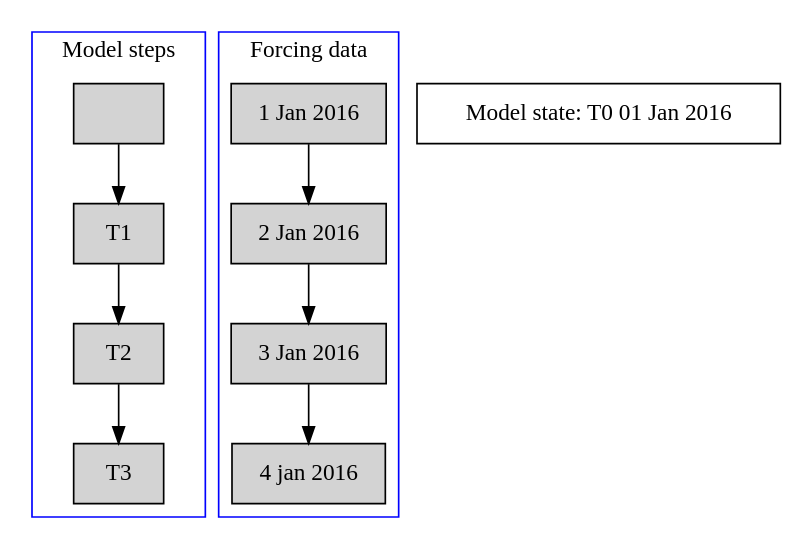
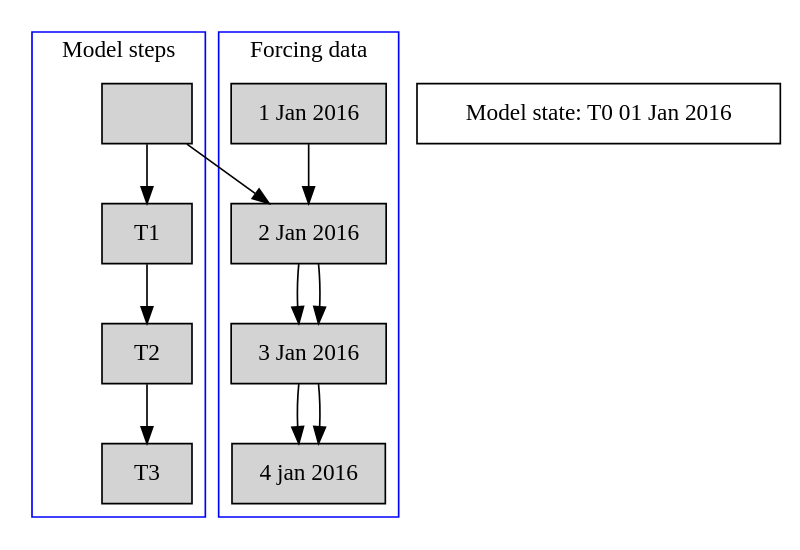
Before and after one commit to openstreams/wflow: the second of 2 diagrams in doc/wf_DynamicFramework.rst, drawn with Graphviz. The commit also changed other lines of this file, not shown here.

Commit message:
support for datetime output in csv files

```diff
--- a/doc/wf_DynamicFramework.rst
+++ b/doc/wf_DynamicFramework.rst
@@ -383,24 +389,30 @@
 .. graphviz::
 
     digraph G {
         node [shape=box]
 
         subgraph cluster_1 {
 	    	node [style=filled];
 		    " "  -> T1 -> T2 -> T3;
 		    label = "Model steps";
 		    color=blue
 	    }
 
         subgraph cluster_2 {
 	    	node [style=filled];
 		    "1 Jan 2016" -> "2 Jan 2016" -> "3 Jan 2016" -> "4 jan 2016";
 		    label = "Forcing data";
 		    color=blue
 	    }
 
+        subgraph cluster_3 {
+	    	node [style=filled];
+		    " " -> "2 Jan 2016" -> "3 Jan 2016" -> "4 jan 2016";
+		    label = "Model output data";
+		    color=blue
+	    }
 
         "Model state: T0 01 Jan 2016";
 
 
     }
```
